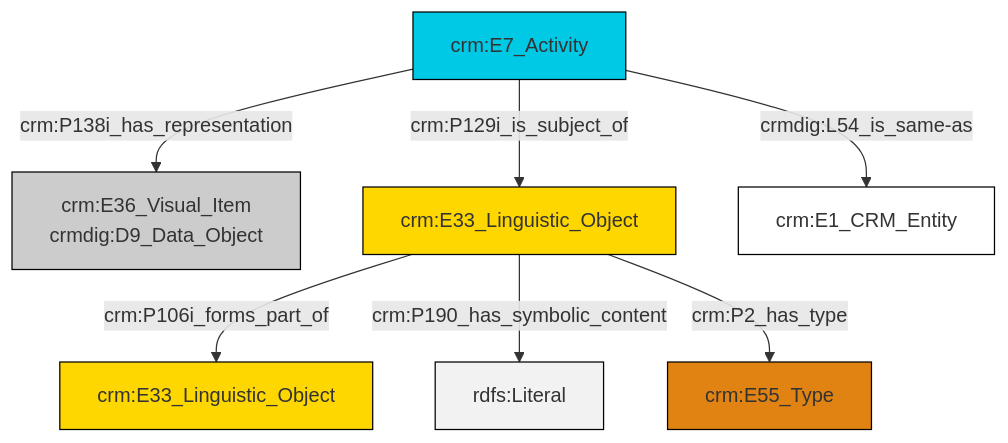
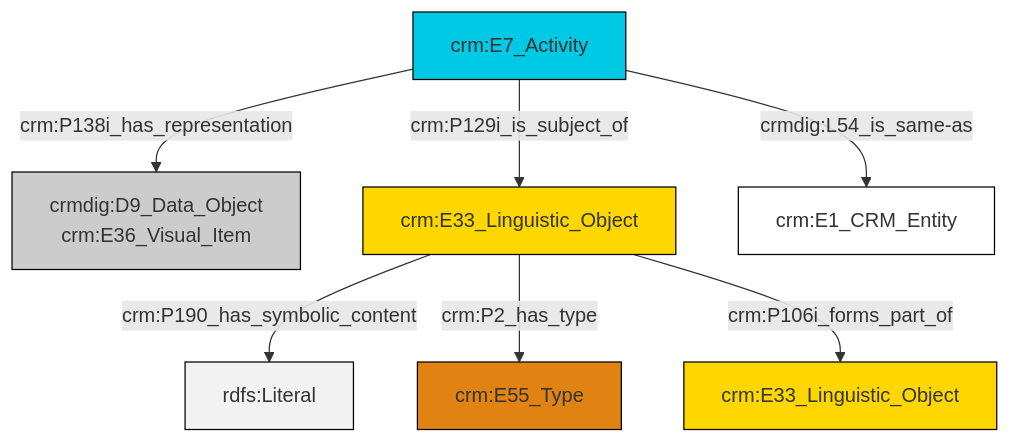
Before and after one commit to swiss-art-research-net/docs.swissartresearch: the diagram in et/eventCSV/ttl/mmd/event_documentation.ttl.mmd, drawn with Mermaid. The commit also changed 183 other files, not shown here.

```diff
--- a/et/eventCSV/ttl/mmd/event_documentation.ttl.mmd
+++ b/et/eventCSV/ttl/mmd/event_documentation.ttl.mmd
@@ -1,21 +1,21 @@
 graph TD
 classDef Literal fill:#f2f2f2,stroke:#000000;
 classDef CRM_Entity fill:#FFFFFF,stroke:#000000;
 classDef Temporal_Entity fill:#00C9E6, stroke:#000000;
 classDef Type fill:#E18312, stroke:#000000;
 classDef Time-Span fill:#2C9C91, stroke:#000000;
 classDef Appellation fill:#FFEB7F, stroke:#000000;
 classDef Place fill:#008836, stroke:#000000;
 classDef Persistent_Item fill:#B266B2, stroke:#000000;
 classDef Conceptual_Object fill:#FFD700, stroke:#000000;
 classDef Physical_Thing fill:#D2B48C, stroke:#000000;
 classDef Actor fill:#f58aad, stroke:#000000;
 classDef PC_Classes fill:#4ce600, stroke:#000000;
 classDef Multi fill:#cccccc,stroke:#000000;
 
-2["crm:E7_Activity"]:::Temporal_Entity -->|crm:P129i_is_subject_of| 3["crm:E33_Linguistic_Object"]:::Conceptual_Object
-2["crm:E7_Activity"]:::Temporal_Entity -->|crm:P138i_has_representation| 0["crm:E36_Visual_Item<br>crmdig:D9_Data_Object"]:::Multi
-3["crm:E33_Linguistic_Object"]:::Conceptual_Object -->|crm:P106i_forms_part_of| 4["crm:E33_Linguistic_Object"]:::Conceptual_Object
-3["crm:E33_Linguistic_Object"]:::Conceptual_Object -->|crm:P190_has_symbolic_content| 7[rdfs:Literal]:::Literal
-3["crm:E33_Linguistic_Object"]:::Conceptual_Object -->|crm:P2_has_type| 5["crm:E55_Type"]:::Type
-2["crm:E7_Activity"]:::Temporal_Entity -->|crmdig:L54_is_same-as| 10["crm:E1_CRM_Entity"]:::CRM_Entity
+2["crm:E33_Linguistic_Object"]:::Conceptual_Object -->|crm:P190_has_symbolic_content| 3[rdfs:Literal]:::Literal
+2["crm:E33_Linguistic_Object"]:::Conceptual_Object -->|crm:P2_has_type| 6["crm:E55_Type"]:::Type
+7["crm:E7_Activity"]:::Temporal_Entity -->|crm:P138i_has_representation| 0["crmdig:D9_Data_Object<br>crm:E36_Visual_Item"]:::Multi
+7["crm:E7_Activity"]:::Temporal_Entity -->|crm:P129i_is_subject_of| 2["crm:E33_Linguistic_Object"]:::Conceptual_Object
+2["crm:E33_Linguistic_Object"]:::Conceptual_Object -->|crm:P106i_forms_part_of| 10["crm:E33_Linguistic_Object"]:::Conceptual_Object
+7["crm:E7_Activity"]:::Temporal_Entity -->|crmdig:L54_is_same-as| 4["crm:E1_CRM_Entity"]:::CRM_Entity
```
